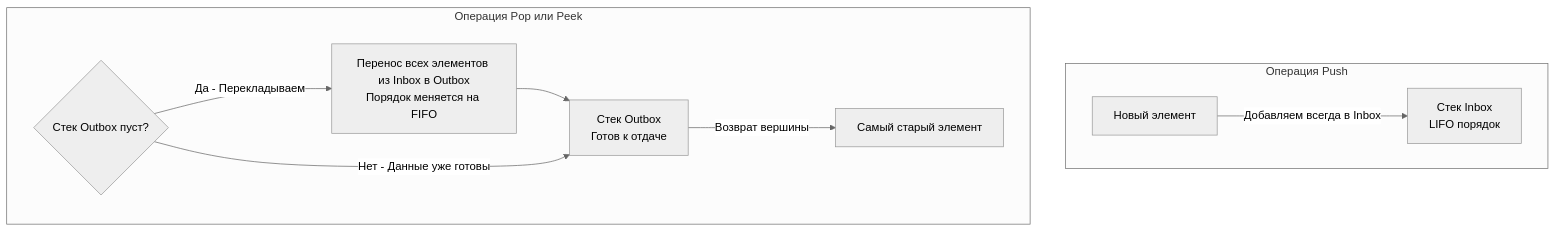
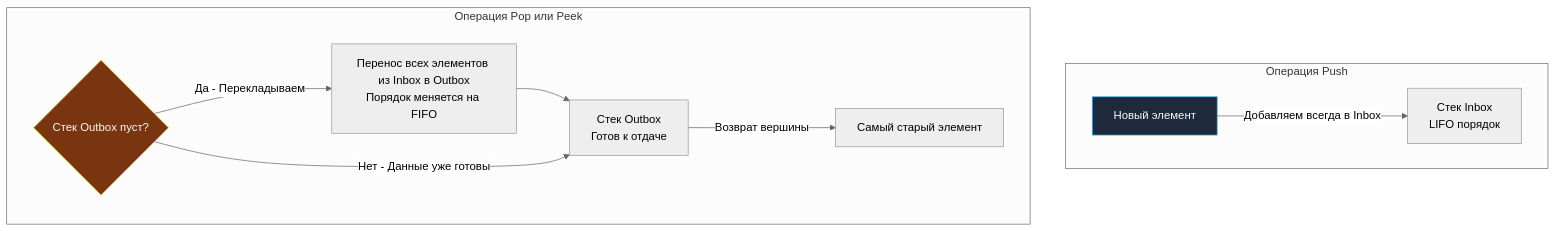
One commit to UnrealTemplier/go-textbook changed the diagram in sources/21. Задачи с LeetCode и собеседований на Go/02. Задачи/07. Очередь/3. Implement Queue using Stacks.md. Above: the diagram before and after it, drawn with Mermaid (neutral theme). The commit also changed 1666 other files, not shown here.

First line of the commit message:
feat(mermaid): add semantic color classDef to 1369 colorless flowchart/graph diagrams

````diff
--- a/sources/21. Задачи с LeetCode и собеседований на Go/02. Задачи/07. Очередь/3. Implement Queue using Stacks.md
+++ b/sources/21. Задачи с LeetCode и собеседований на Go/02. Задачи/07. Очередь/3. Implement Queue using Stacks.md
@@ -27,14 +27,24 @@
 ```mermaid
 flowchart TD
+    classDef process  fill:#1e293b,stroke:#38bdf8,stroke-width:1px,color:#f8fafc
+    classDef success  fill:#064e3b,stroke:#34d399,stroke-width:1px,color:#f8fafc
+    classDef error    fill:#7f1d1d,stroke:#f87171,stroke-width:1px,color:#f8fafc
+    classDef warning  fill:#78350f,stroke:#fbbf24,stroke-width:1px,color:#f8fafc
+    classDef entry    fill:#1e3a5f,stroke:#38bdf8,stroke-width:2px,color:#f8fafc
+    classDef aux      fill:#334155,stroke:#64748b,stroke-width:1px,color:#f8fafc
+    classDef system   fill:#312e81,stroke:#a78bfa,stroke-width:1px,color:#f8fafc
+    classDef data     fill:#132d29,stroke:#2dd4bf,stroke-width:1px,color:#f8fafc
+    classDef network  fill:#881337,stroke:#fb7185,stroke-width:1px,color:#f8fafc
+    classDef accent   fill:#1e1b4b,stroke:#818cf8,stroke-width:1px,color:#f8fafc
     subgraph Операция Push
-        New["Новый элемент"] -->|"Добавляем всегда в Inbox"| InboxTop["Стек Inbox<br>LIFO порядок"]
+        New["Новый элемент"]:::process -->|"Добавляем всегда в Inbox"| InboxTop["Стек Inbox<br>LIFO порядок"]
     end
 
     subgraph Операция Pop или Peek
-        CheckOutbox{"Стек Outbox пуст?"}
+        CheckOutbox{"Стек Outbox пуст?"}:::warning
         CheckOutbox -->|"Да - Перекладываем"| Move["Перенос всех элементов из Inbox в Outbox<br>Порядок меняется на FIFO"]
         Move --> OutboxTop["Стек Outbox<br>Готов к отдаче"]
         CheckOutbox -->|"Нет - Данные уже готовы"| OutboxTop
         OutboxTop -->|"Возврат вершины"| Result["Самый старый элемент"]
     end
 ```
````
